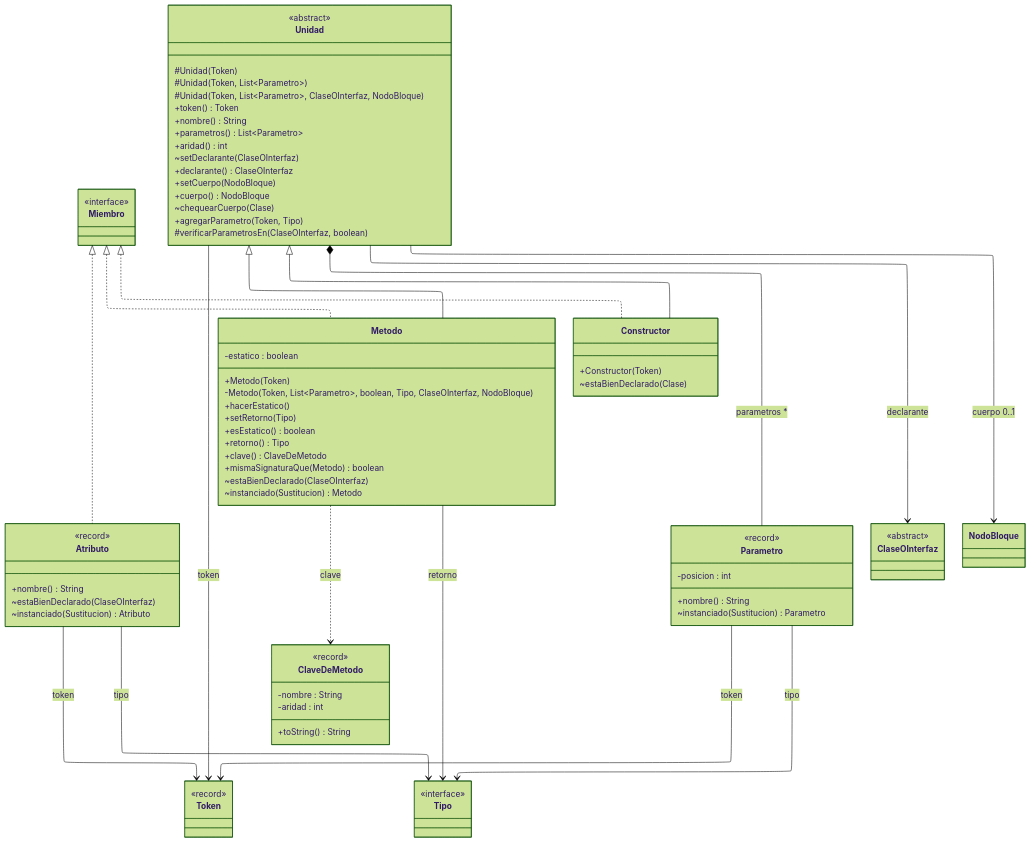
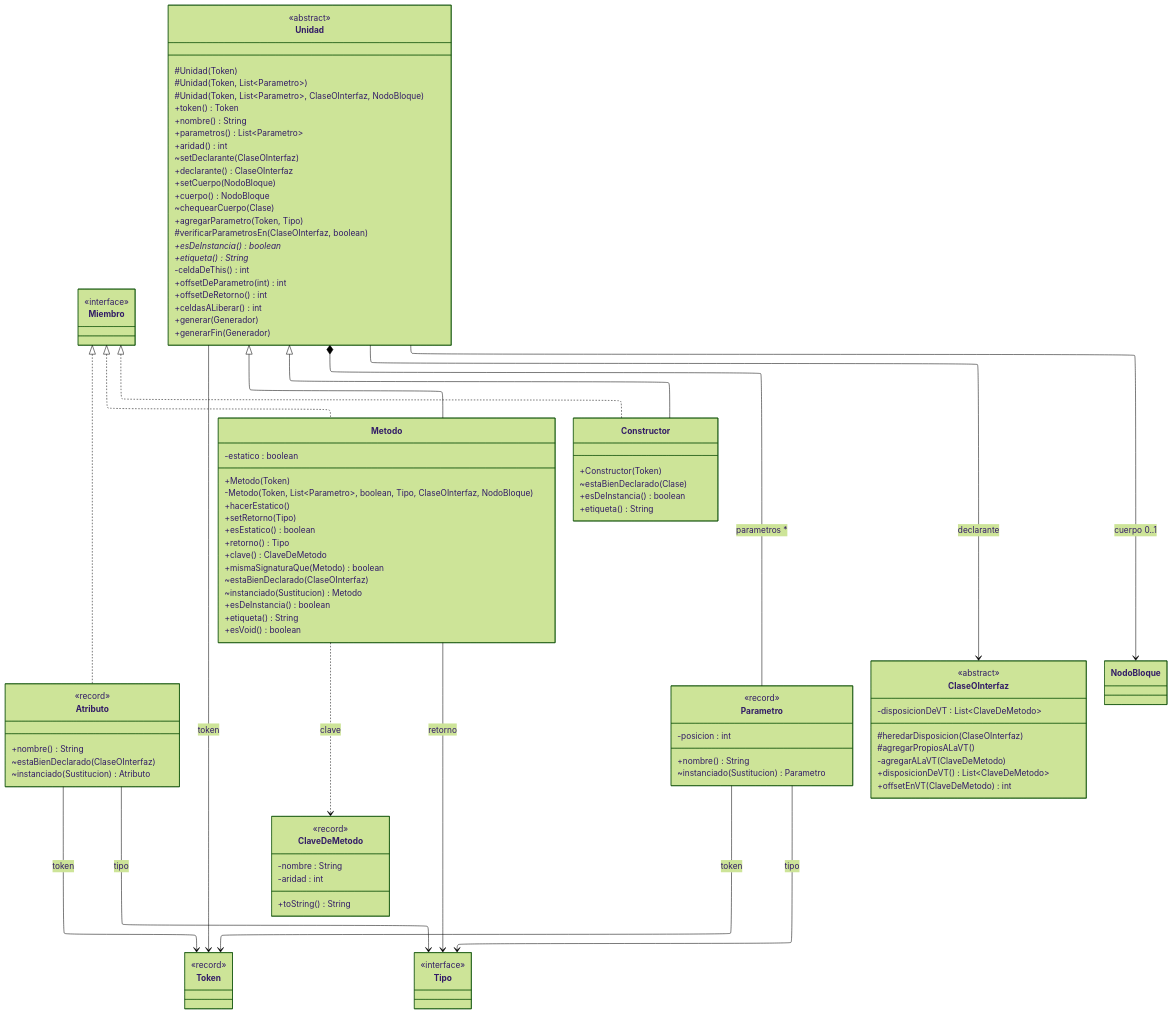
The fourth of 5 diagrams in documentacion/semantico/arquitectura-del-analizador-semantico.md (agustinpaul0/Proyecto-CEI), drawn with Mermaid (forest theme) before and after one commit. The commit also changed other lines of this file and 27 other files, not shown here.

```diff
--- a/documentacion/semantico/arquitectura-del-analizador-semantico.md
+++ b/documentacion/semantico/arquitectura-del-analizador-semantico.md
@@ -273,6 +295,14 @@
         ~chequearCuerpo(Clase)
         +agregarParametro(Token, Tipo)
         #verificarParametrosEn(ClaseOInterfaz, boolean)
+        +esDeInstancia()* boolean
+        +etiqueta()* String
+        -celdaDeThis() int
+        +offsetDeParametro(int) int
+        +offsetDeRetorno() int
+        +celdasALiberar() int
+        +generar(Generador)
+        +generarFin(Generador)
     }
     class Metodo {
         -estatico : boolean
@@ -286,10 +316,15 @@
         +mismaSignaturaQue(Metodo) boolean
         ~estaBienDeclarado(ClaseOInterfaz)
         ~instanciado(Sustitucion) Metodo
+        +esDeInstancia() boolean
+        +etiqueta() String
+        +esVoid() boolean
     }
     class Constructor {
         +Constructor(Token)
         ~estaBienDeclarado(Clase)
+        +esDeInstancia() boolean
+        +etiqueta() String
     }
     class Parametro {
         <<record>>
@@ -311,6 +346,12 @@
     }
     class ClaseOInterfaz {
         <<abstract>>
+        -disposicionDeVT : List~ClaveDeMetodo~
+        #heredarDisposicion(ClaseOInterfaz)
+        #agregarPropiosALaVT()
+        -agregarALaVT(ClaveDeMetodo)
+        +disposicionDeVT() List~ClaveDeMetodo~
+        +offsetEnVT(ClaveDeMetodo) int
     }
     class NodoBloque
     Miembro <|.. Atributo
```
